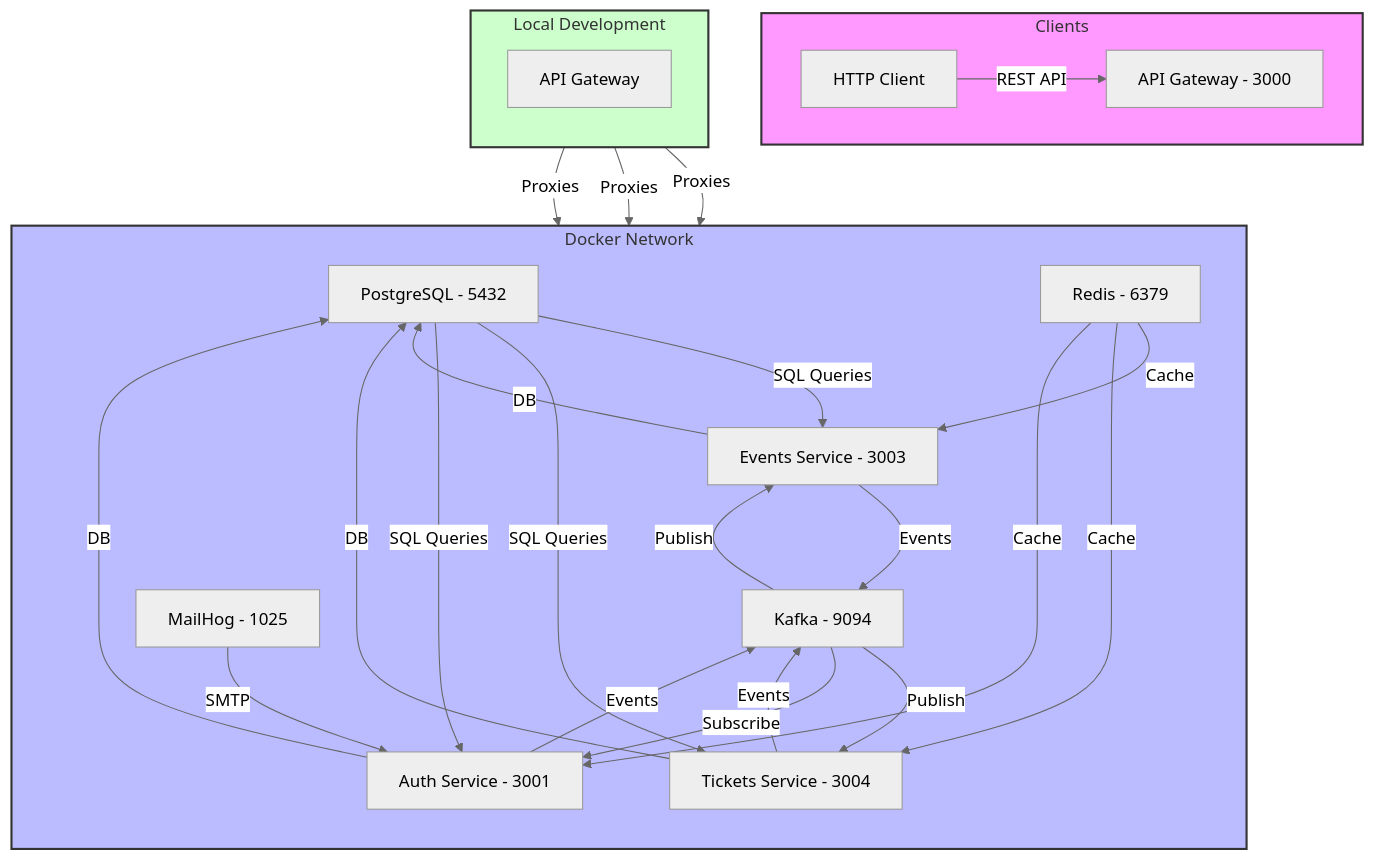
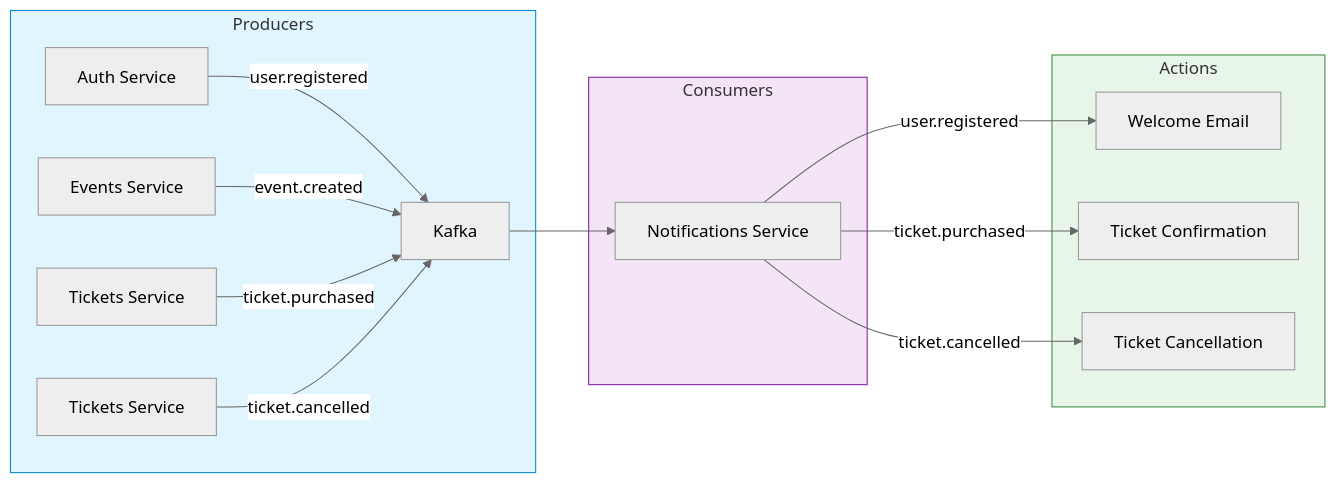
One commit to sawmikcuet19/nestjs-microservices changed the sixth of 7 diagrams in README.md. Above: the diagram before and after it, drawn with Mermaid (neutral theme). The commit also changed other lines of this file, not shown here.

Commit message:
Break Mermaid diagram into step-by-step flowcharts for readability

````diff
--- a/README.md
+++ b/README.md
@@ -15,38 +131,23 @@
 ```mermaid
-flowchart TB
-    subgraph Client ["Clients"]
-        direction LR
-        A["HTTP Client"] -->|"REST API"| G["API Gateway - 3000"]
+flowchart LR
+    subgraph Producers
+        A["Auth Service"] -->|"user.registered"| K["Kafka"]
+        B["Events Service"] -->|"event.created"| K
+        C["Tickets Service"] -->|"ticket.purchased"| K
+        D["Tickets Service"] -->|"ticket.cancelled"| K
     end
 
-    subgraph Docker ["Docker Network"]
-        direction TB
-        P["PostgreSQL - 5432"] -->|"SQL Queries"| E["Events Service - 3003"]
-        P -->|"SQL Queries"| T["Tickets Service - 3004"]
-        P -->|"SQL Queries"| Auth["Auth Service - 3001"]
-        N["Redis - 6379"] -->|"Cache"| E
-        N -->|"Cache"| T
-        N -->|"Cache"| Auth
-        K["Kafka - 9094"] -->|"Publish"| E
-        K -->|"Publish"| T
-        K -->|"Subscribe"| Auth
-        MH["MailHog - 1025"] -->|"SMTP"| Auth
+    subgraph Consumers
+        K --> N["Notifications Service"]
     end
 
-    subgraph Local ["Local Development"]
-        direction TB
-        GW["API Gateway"] -->|"Proxies"| Auth
-        GW -->|"Proxies"| E
-        GW -->|"Proxies"| T
-        Auth -->|"DB"| P
-        Auth -->|"Events"| K
-        E -->|"DB"| P
-        E -->|"Events"| K
-        T -->|"DB"| P
-        T -->|"Events"| K
+    subgraph Actions
+        N -->|"user.registered"| W["Welcome Email"]
+        N -->|"ticket.purchased"| TC["Ticket Confirmation"]
+        N -->|"ticket.cancelled"| TX["Ticket Cancellation"]
     end
 
-    style Client fill:#f9f,stroke:#333,stroke-width:2px
-    style Docker fill:#bbf,stroke:#333,stroke-width:2px
-    style Local fill:#cfc,stroke:#333,stroke-width:2px
+    style Producers fill:#e1f5fe,stroke:#0288d1
+    style Consumers fill:#f3e5f5,stroke:#7b1fa2
+    style Actions fill:#e8f5e9,stroke:#388e3c
 ```
````
